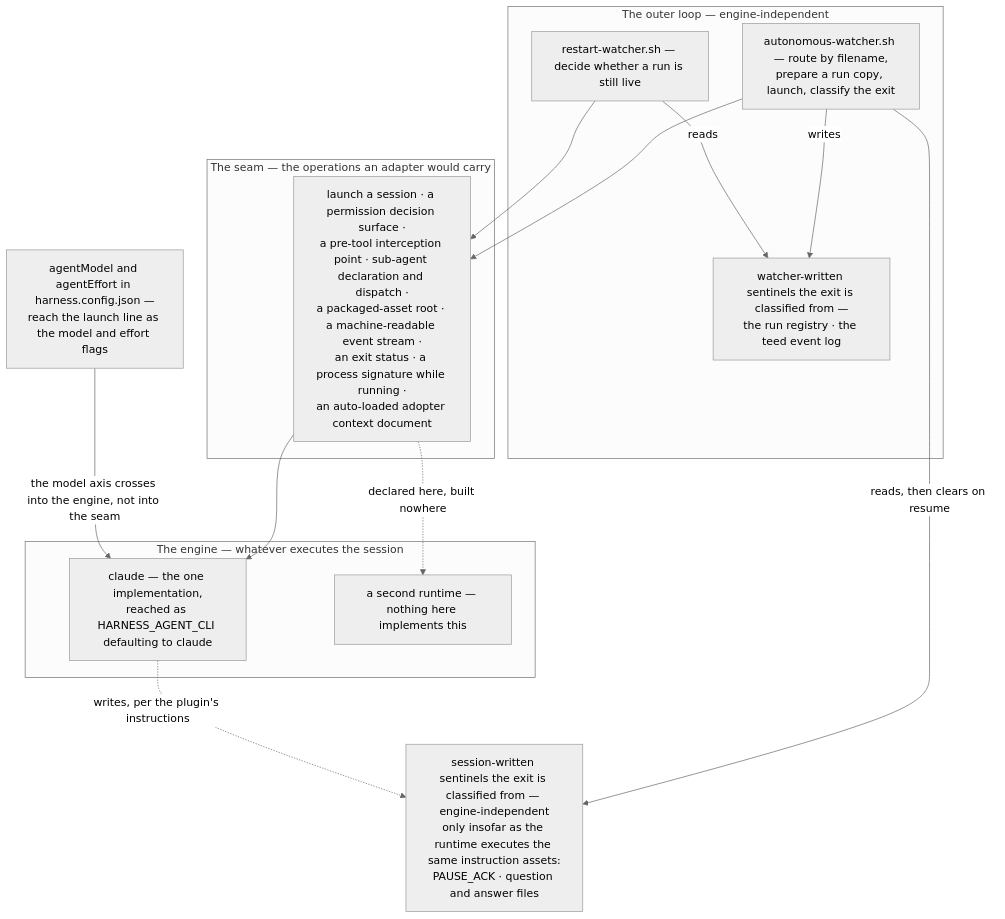
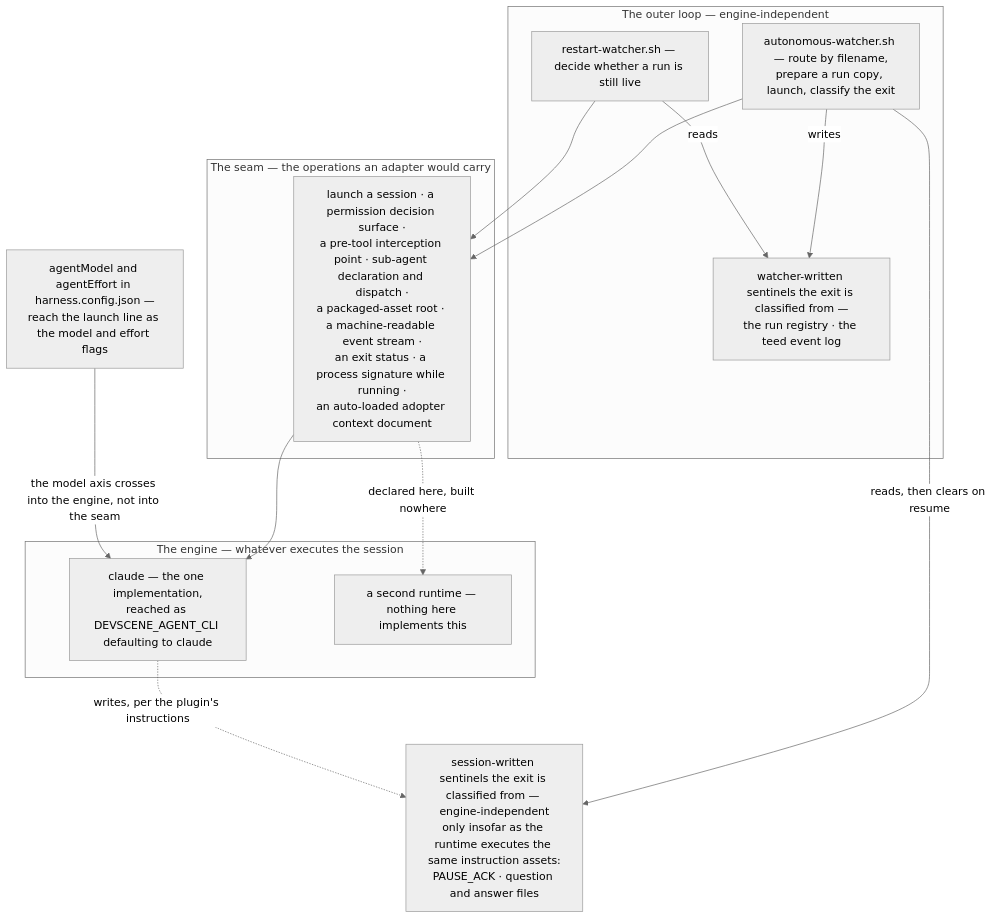
The diagram in ARCHITECTURE.md (firu-daniel/autonomous-sdlc-harness), drawn with Mermaid (neutral theme) before and after one commit. The commit also changed other lines of this file and 2 other files, not shown here.

Commit message:
chore: Rename the variables in README.md and ARCHITECTURE.md

````diff
--- a/ARCHITECTURE.md
+++ b/ARCHITECTURE.md
@@ -128,25 +128,25 @@
 ```mermaid
 flowchart TB
   subgraph outer["The outer loop — engine-independent"]
     W["autonomous-watcher.sh — route by filename,<br/>prepare a run copy, launch, classify the exit"]
     R["restart-watcher.sh — decide whether a run is still live"]
     A["watcher-written sentinels the exit is classified from —<br/>the run registry · the teed event log"]
   end
   P["session-written sentinels the exit is classified from — engine-independent<br/>only insofar as the runtime executes the same instruction assets:<br/>PAUSE_ACK · question and answer files"]
   subgraph seam["The seam — the operations an adapter would carry"]
     S["launch a session · a permission decision surface ·<br/>a pre-tool interception point · sub-agent declaration and dispatch ·<br/>a packaged-asset root · a machine-readable event stream ·<br/>an exit status · a process signature while running ·<br/>an auto-loaded adopter context document"]
   end
   subgraph engines["The engine — whatever executes the session"]
-    E1["claude — the one implementation,<br/>reached as HARNESS_AGENT_CLI defaulting to claude"]
+    E1["claude — the one implementation,<br/>reached as DEVSCENE_AGENT_CLI defaulting to claude"]
     E2["a second runtime — nothing here implements this"]
   end
   W -->|"writes"| A
   R -->|reads| A
   W -->|"reads, then clears on resume"| P
   W --> S
   R --> S
   S --> E1
   E1 -.->|"writes, per the plugin's instructions"| P
   S -.->|"declared here, built nowhere"| E2
   M["agentModel and agentEffort in harness.config.json —<br/>reach the launch line as the model and effort flags"] -->|"the model axis crosses into the engine, not into the seam"| E1
 ```
````
